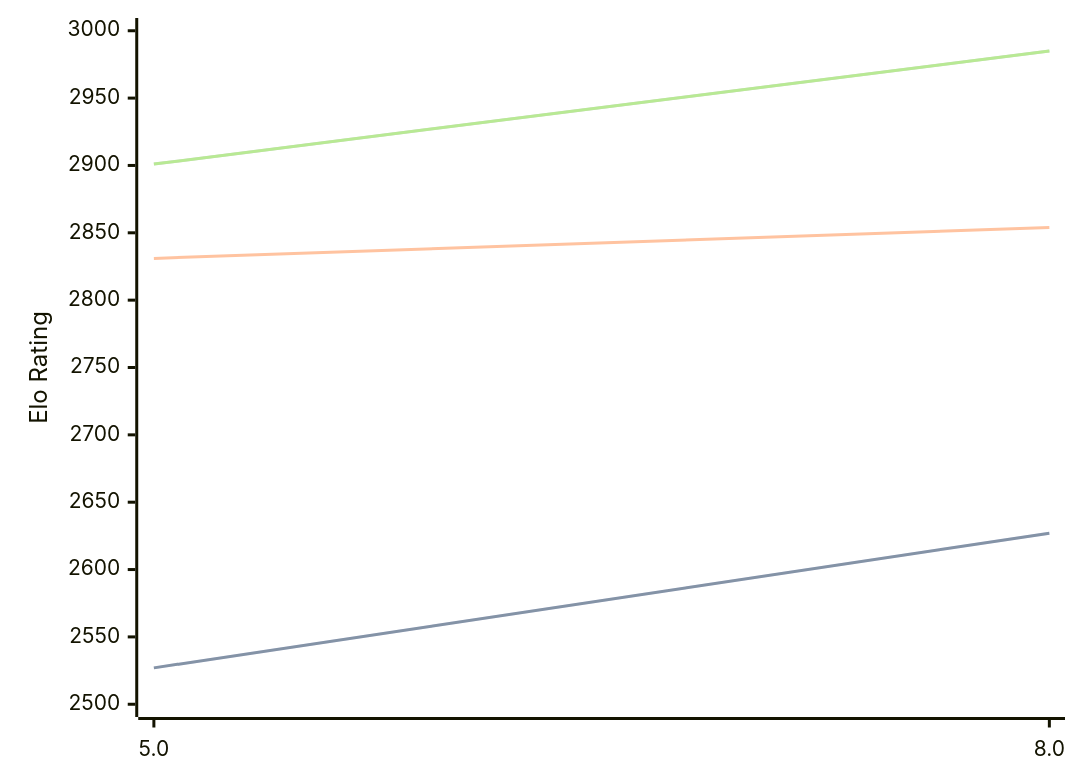
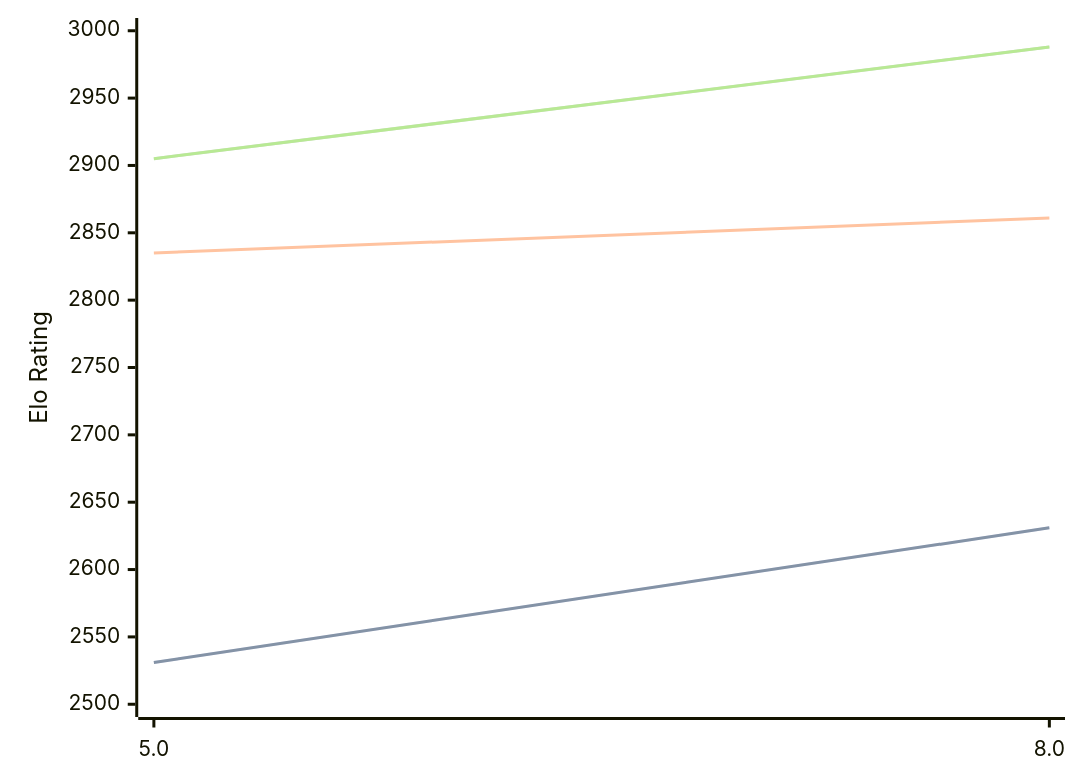
Before and after one commit to computer-chess-index/cci: the diagram in engines/4kc.md, drawn with Mermaid. The commit also changed other lines of this file, not shown here.

Commit message:
Update CCI Ratings (ELO VLTC) - 2026-05-02

````diff
--- a/engines/4kc.md
+++ b/engines/4kc.md
@@ -41,11 +41,11 @@
 ```mermaid
 %%{init: {"theme":"base","themeVariables":{"seriesColors:['#a3a3a3','#222221','#faa371']}}}%%
 xychart-beta
   x-axis ["5.0", "8.0"]
   y-axis "Elo Rating" 2500 --> 3000
-  line "STC (8.0+0.08s)" [2527, 2627]
-  line "STC (8.0+0.08s)" [2527, 2627]
-  line "LTC (60.0+0.60s)" [2831, 2854]
-  line "VLTC (2m24s+1.12s)" [2901, 2985]
-  line "VLTC (2m24s+1.12s)" [2901, 2985]
+  line "STC (8.0+0.08s)" [2531, 2631]
+  line "STC (8.0+0.08s)" [2531, 2631]
+  line "LTC (60.0+0.60s)" [2835, 2861]
+  line "VLTC (2m24s+1.12s)" [2905, 2988]
+  line "VLTC (2m24s+1.12s)" [2905, 2988]
 ```
````
